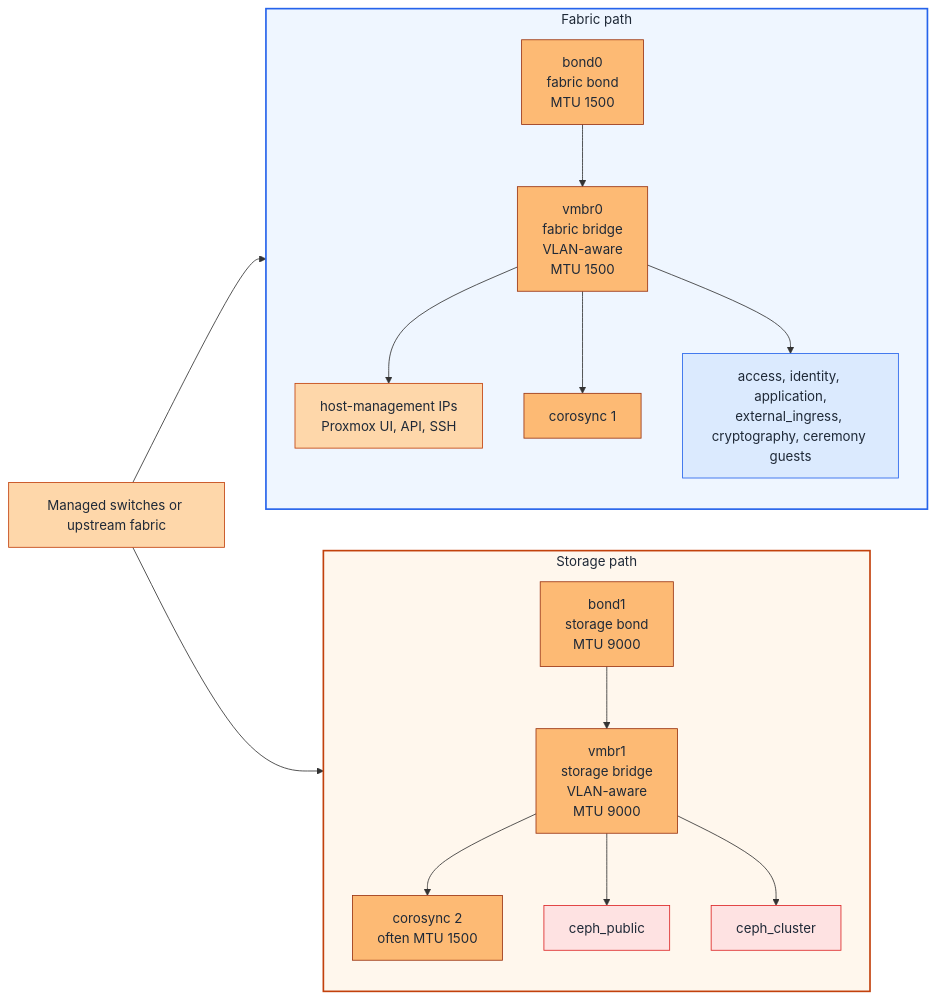
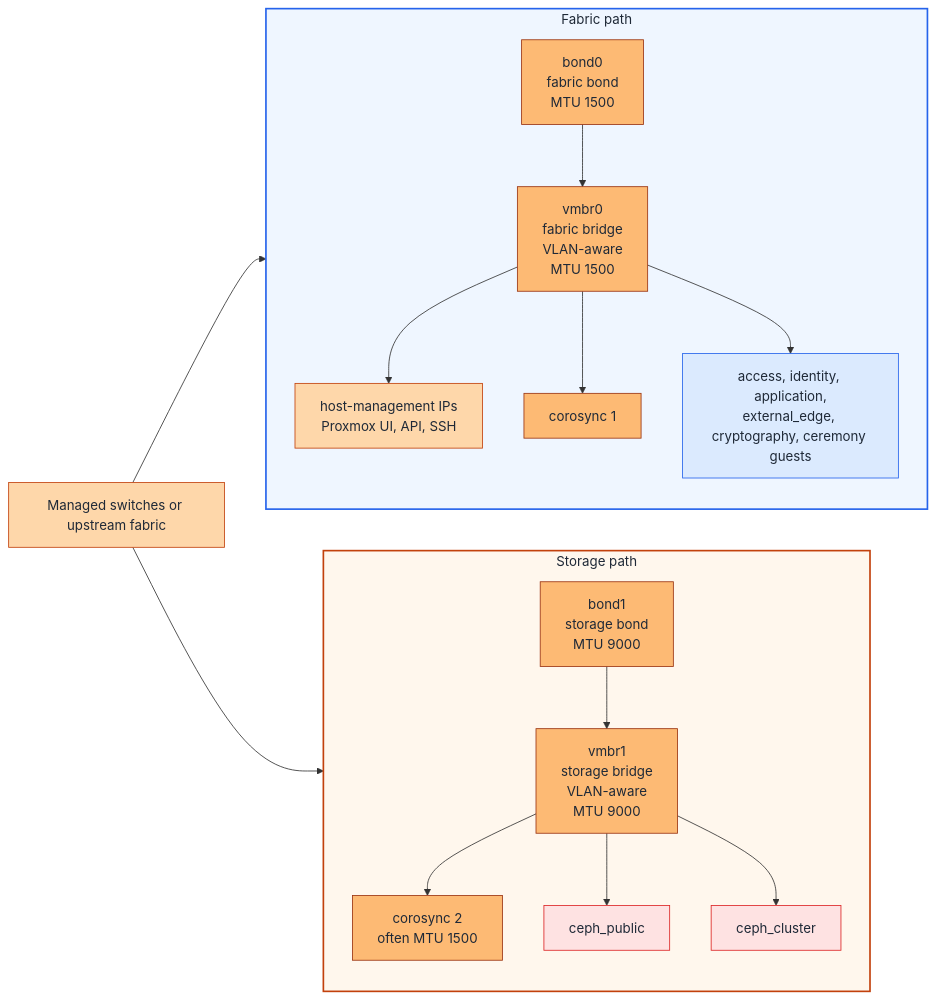
The diagram in docs/platforms/proxmox/network-prerequisites.md (Rexus/homelab), drawn with Mermaid before and after one commit. The commit also changed other lines of this file and 25 other files, not shown here.

````diff
--- a/docs/platforms/proxmox/network-prerequisites.md
+++ b/docs/platforms/proxmox/network-prerequisites.md
@@ -61,48 +61,48 @@
 ```mermaid
 flowchart LR
     Switches[Managed switches or upstream fabric]
 
     subgraph Fabric["Storage path"]
       direction TB
       Bond0[bond1<br/>storage bond<br/>MTU 9000]
       Vmbr0[vmbr1<br/>storage bridge<br/>VLAN-aware<br/>MTU 9000]
       Mgmt[corosync 2<br/>often MTU 1500]
       Corosync1[ceph_public]
       Guests[ceph_cluster]
 
       Bond0 --> Vmbr0
       Vmbr0 --> Mgmt
       Vmbr0 --> Corosync1
       Vmbr0 --> Guests
     end
 
     subgraph Storage["Fabric path"]
       direction TB
       Bond1[bond0<br/>fabric bond<br/>MTU 1500]
       Vmbr1[vmbr0<br/>fabric bridge<br/>VLAN-aware<br/>MTU 1500]
       Corosync2[host-management IPs<br/>Proxmox UI, API, SSH]
       CephPublic[corosync 1]
-      CephCluster[access, identity, application,<br/>external_ingress, cryptography, ceremony guests]
+      CephCluster[access, identity, application,<br/>external_edge, cryptography, ceremony guests]
 
       Bond1 --> Vmbr1
       Vmbr1 --> Corosync2
       Vmbr1 --> CephPublic
       Vmbr1 --> CephCluster
     end
 
     Switches --> Bond0
     Switches --> Bond1
 
     style Fabric fill:#fff7ed,stroke:#c2410c,stroke-width:2px,color:#1f2937
     style Storage fill:#eff6ff,stroke:#2563eb,stroke-width:2px,color:#1f2937
 
     classDef mgmtNode fill:#fed7aa,stroke:#c2410c,color:#1f2937
     classDef appNode fill:#dbeafe,stroke:#2563eb,color:#1f2937
     classDef proxmoxNode fill:#fdba74,stroke:#9a3412,color:#1f2937
     classDef cephNode fill:#fee2e2,stroke:#dc2626,color:#1f2937
 
     class Switches,Corosync2 mgmtNode
     class CephCluster appNode
     class Bond0,Bond1,Vmbr0,Vmbr1,Mgmt,CephPublic proxmoxNode
     class Corosync1,Guests cephNode
 ```
````
